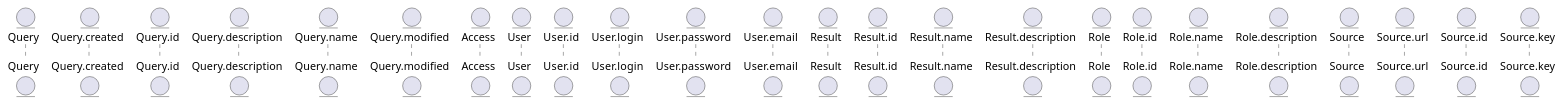
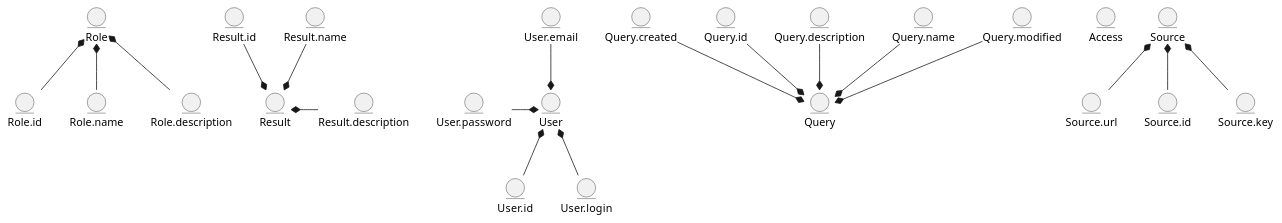
Before and after one commit to mikhmol/media-content-analyze-system: the first of 2 diagrams in docs/design/README.md, drawn with PlantUML.

Commit message:
Updated business model
Created links between entities and their properties

```diff
--- a/docs/design/README.md
+++ b/docs/design/README.md
@@ -6,33 +6,57 @@
 @startuml
 
 entity Query
 entity Query.created
 entity Query.id
 entity Query.description
 entity Query.name
 entity Query.modified
 
+
+Query.created --* Query 
+Query.id --* Query 
+Query.description --* Query
+Query.name --* Query 
+Query.modified --* Query 
+
 entity Access
 
 entity User
 entity User.id
 entity User.login
 entity User.password
 entity User.email
 
+User.id -u-* User 
+User.login -u-* User 
+User.password -r-* User 
+User.email --* User 
+
 entity Result
 entity Result.id
 entity Result.name
 entity Result.description
+
+Result.id --* Result 
+Result.name --* Result 
+Result.description -l-* Result
 
 entity Role
 entity Role.id
 entity Role.name
 entity Role.description
 
+Role.id -u-* Role 
+Role.name -u-* Role 
+Role.description -u-* Role
+
 entity Source
 entity Source.url
 entity Source.id
 entity Source.key
 
+Source *-- Source.url 
+Source *-- Source.id 
+Source *-- Source.key
+
 @enduml
```
